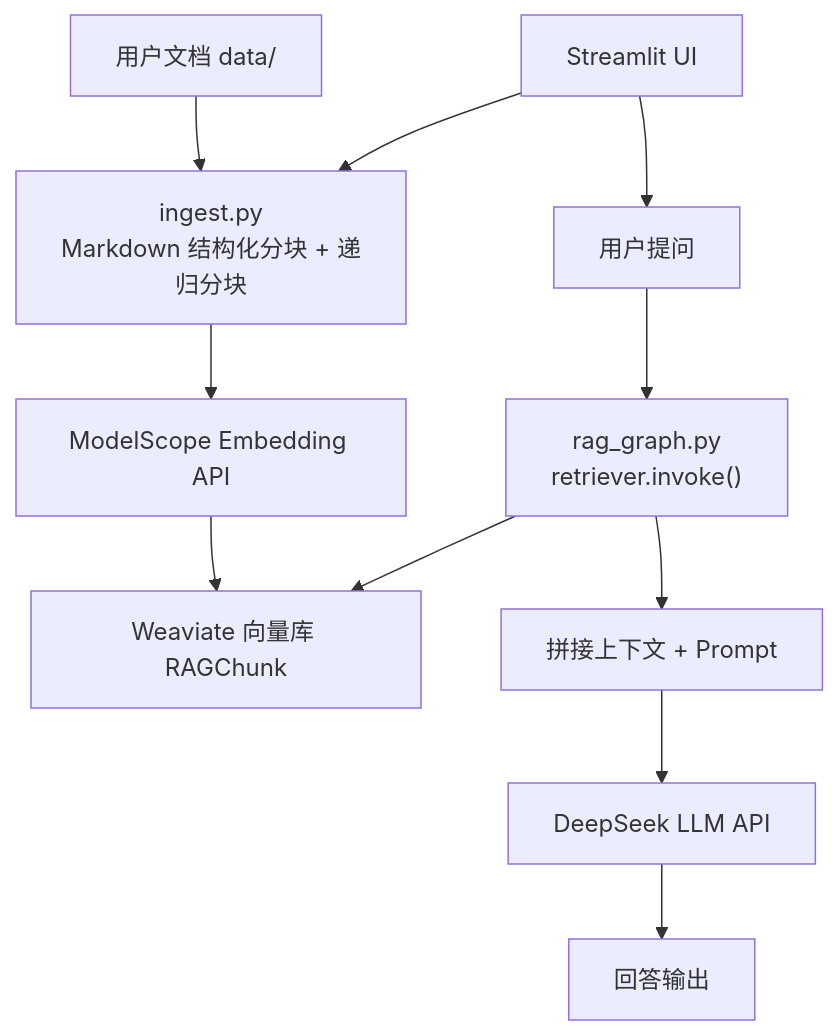
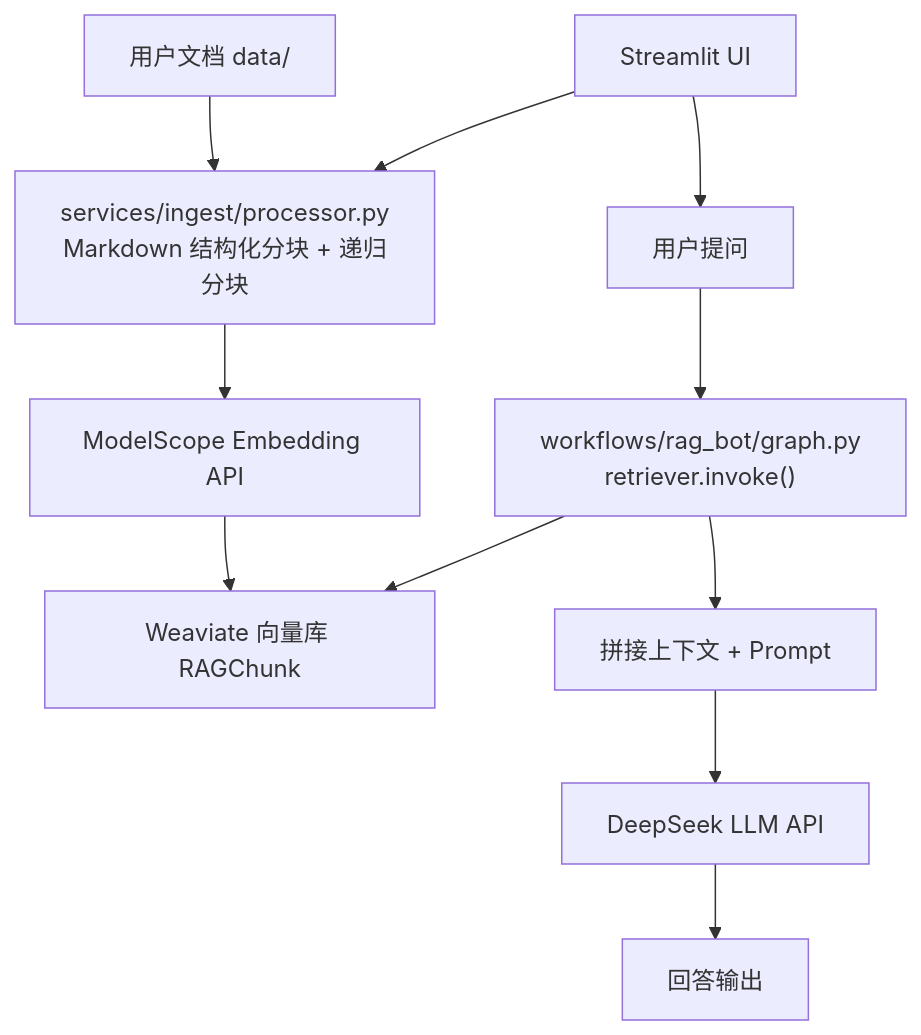
One commit to akarinfo/chatBot_RAG changed the diagram in README.zh-CN.md. Above: the diagram before and after it, drawn with Mermaid. The commit also changed other lines of this file and 28 other files, not shown here.

Commit message:
refactor: reorganize into core/services/workflows/interfaces

````diff
--- a/README.zh-CN.md
+++ b/README.zh-CN.md
@@ -15,15 +15,15 @@
 ```mermaid
 flowchart TD
-    A[用户文档 data/] --> B["ingest.py<br>Markdown 结构化分块 + 递归分块"]
+    A[用户文档 data/] --> B["services/ingest/processor.py<br>Markdown 结构化分块 + 递归分块"]
     B --> C[ModelScope Embedding API]
     C --> D[Weaviate 向量库 RAGChunk]
 
-    E[用户提问] --> F["rag_graph.py<br>retriever.invoke()"]
+    E[用户提问] --> F["workflows/rag_bot/graph.py<br>retriever.invoke()"]
     F --> D
     F --> G[拼接上下文 + Prompt]
     G --> H[DeepSeek LLM API]
     H --> I[回答输出]
 
     J[Streamlit UI] --> E
     J --> B
 ```
````
